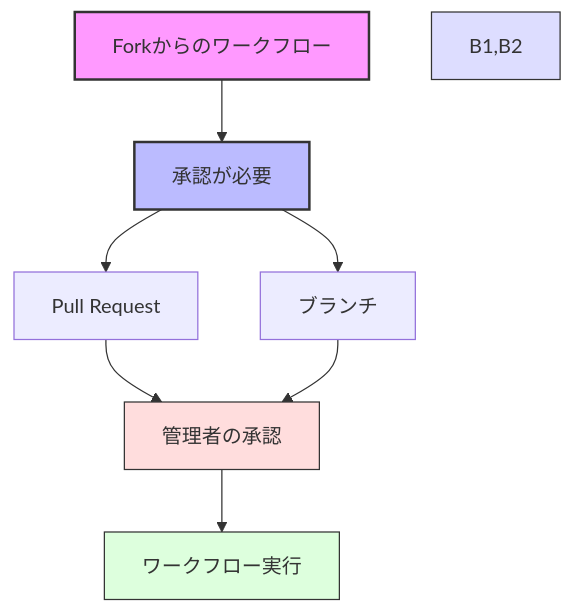
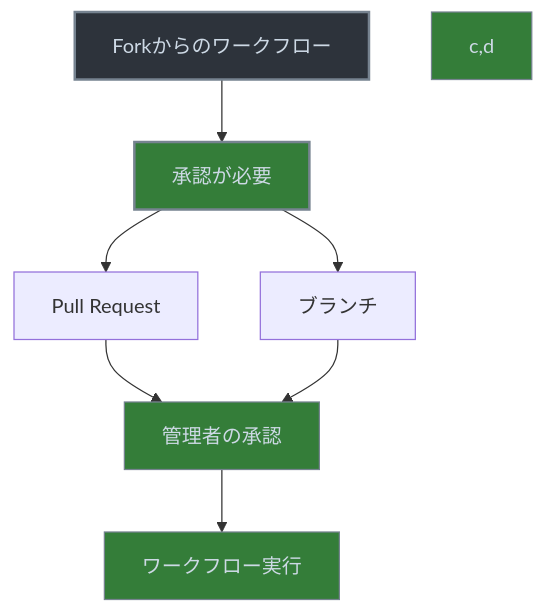
The diagram in docs/GitHub Actions/02_workflows_and_events/02-05_fork_special_behavior.md (haruka-aibara/haruka-aibara), drawn with Mermaid before and after one commit. The commit also changed 4 other files, not shown here.

````diff
--- a/docs/GitHub Actions/02_workflows_and_events/02-05_fork_special_behavior.md
+++ b/docs/GitHub Actions/02_workflows_and_events/02-05_fork_special_behavior.md
@@ -3,18 +3,18 @@
 ```mermaid
 graph TD
-    A[Forkからのワークフロー] --> B[承認が必要]
+    a[Forkからのワークフロー] --> b[承認が必要]
     
-    B --> B1[Pull Request]
-    B --> B2[ブランチ]
+    b --> c[Pull Request]
+    b --> d[ブランチ]
     
-    B1 --> C1[管理者の承認]
-    B2 --> C1
+    c --> e[管理者の承認]
+    d --> e
     
-    C1 --> D[ワークフロー実行]
+    e --> f[ワークフロー実行]
     
-    style A fill:#f9f,stroke:#333,stroke-width:2px
-    style B fill:#bbf,stroke:#333,stroke-width:2px
-    style B1,B2 fill:#ddf,stroke:#333,stroke-width:1px
-    style C1 fill:#fdd,stroke:#333,stroke-width:1px
-    style D fill:#dfd,stroke:#333,stroke-width:1px
+    style a fill:#2d333b,stroke:#768390,stroke-width:2px,color:#cdd9e5
+    style b fill:#347d39,stroke:#768390,stroke-width:2px,color:#cdd9e5
+    style c,d fill:#347d39,stroke:#768390,stroke-width:1px,color:#cdd9e5
+    style e fill:#347d39,stroke:#768390,stroke-width:1px,color:#cdd9e5
+    style f fill:#347d39,stroke:#768390,stroke-width:1px,color:#cdd9e5
 ```
````
